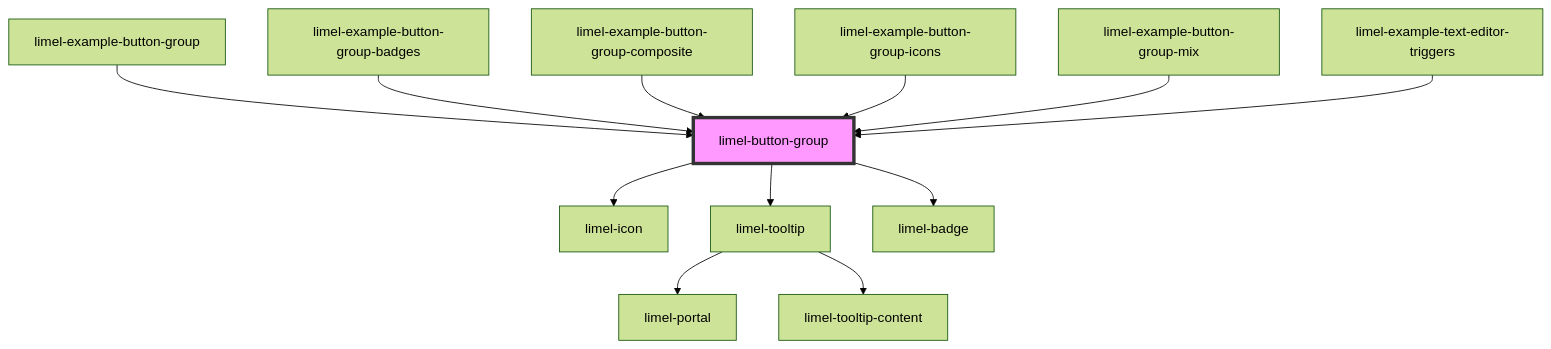
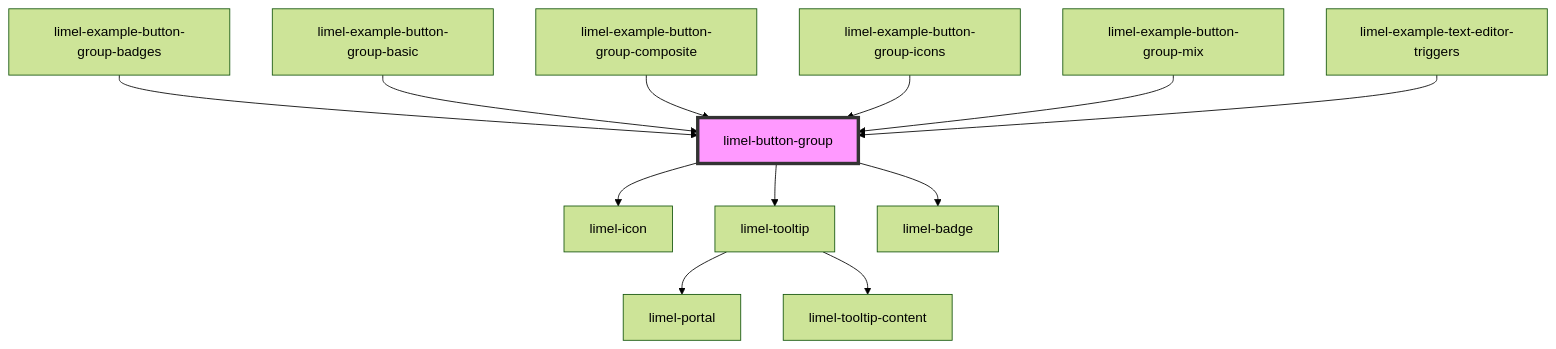
The diagram in versions/PR-3981/markdown-docs/components/button-group/readme.md (Lundalogik/lime-elements), drawn with Mermaid (forest theme) before and after one commit. The commit also changed other lines of this file and 211 other files, not shown here.

````diff
--- a/versions/PR-3981/markdown-docs/components/button-group/readme.md
+++ b/versions/PR-3981/markdown-docs/components/button-group/readme.md
@@ -69,15 +69,15 @@
 ```mermaid
 graph TD;
   limel-button-group --> limel-icon
   limel-button-group --> limel-tooltip
   limel-button-group --> limel-badge
   limel-tooltip --> limel-portal
   limel-tooltip --> limel-tooltip-content
-  limel-example-button-group --> limel-button-group
   limel-example-button-group-badges --> limel-button-group
+  limel-example-button-group-basic --> limel-button-group
   limel-example-button-group-composite --> limel-button-group
   limel-example-button-group-icons --> limel-button-group
   limel-example-button-group-mix --> limel-button-group
   limel-example-text-editor-triggers --> limel-button-group
   style limel-button-group fill:#f9f,stroke:#333,stroke-width:4px
 ```
````
